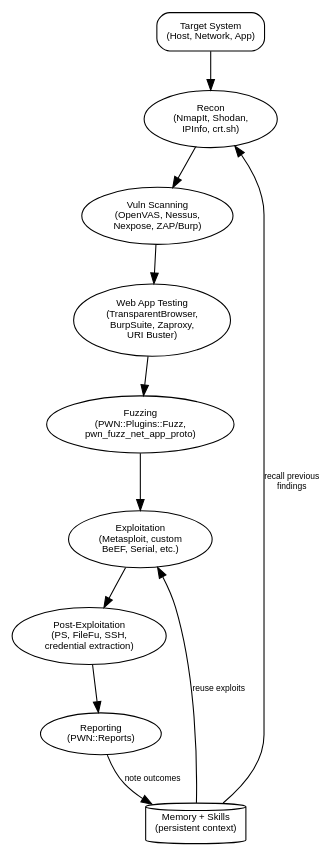
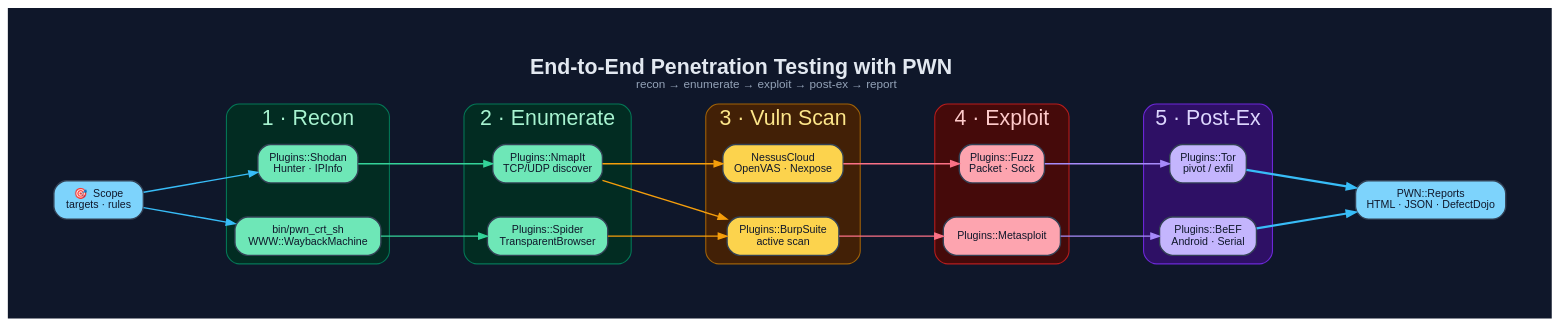
One commit to 0dayInc/pwn changed the diagram in documentation/diagrams/dot/penetration-testing-workflow.dot. Above: the diagram before and after it, drawn with Graphviz. The commit also changed 58 other files, not shown here.

```diff
--- a/documentation/diagrams/dot/penetration-testing-workflow.dot
+++ b/documentation/diagrams/dot/penetration-testing-workflow.dot
@@ -1,29 +1,60 @@
-digraph "PWN Penetration Testing Workflow" {
-  rankdir=TB;
-  node [shape=box, style=rounded, fontname="Arial", fontsize=9];
-  edge [fontname="Arial", fontsize=8];
+digraph "PWN_Pentest" {
+  graph [
+    label=<<B>End-to-End Penetration Testing with PWN</B><BR/><FONT POINT-SIZE="11" COLOR="#94a3b8">recon → enumerate → exploit → post-ex → report</FONT>>,
+    labelloc=t, fontsize=20, fontname="Helvetica",
+    rankdir=LR, splines=spline, nodesep=0.45, ranksep=1.2,
+    bgcolor="#0f172a", fontcolor="#e2e8f0", pad=0.6, newrank=true
+  ];
+  node [fontname="Helvetica", fontsize=10, style="filled,rounded",
+        shape=box, penwidth=1.3, color="#334155", fontcolor="#0f172a"];
+  edge [fontname="Helvetica", fontsize=9, color="#94a3b8",
+        fontcolor="#cbd5e1", penwidth=1.3, arrowsize=0.8];
 
-  Target [label="Target System\n(Host, Network, App)", shape=box];
+  Scope [label="🎯  Scope\ntargets · rules", fillcolor="#7dd3fc"];
 
-  Recon [label="Recon\n(NmapIt, Shodan,\nIPInfo, crt.sh)", shape=ellipse, fillcolor=lightblue];
-  Scanning [label="Vuln Scanning\n(OpenVAS, Nessus,\nNexpose, ZAP/Burp)", shape=ellipse, fillcolor=lightblue];
-  Web [label="Web App Testing\n(TransparentBrowser,\nBurpSuite, Zaproxy,\nURI Buster)", shape=ellipse, fillcolor=lightblue];
-  Fuzz [label="Fuzzing\n(PWN::Plugins::Fuzz,\npwn_fuzz_net_app_proto)", shape=ellipse, fillcolor=lightblue];
-  Exploit [label="Exploitation\n(Metasploit, custom\nBeEF, Serial, etc.)", shape=ellipse, fillcolor=lightcoral];
-  Post [label="Post-Exploitation\n(PS, FileFu, SSH,\ncredential extraction)", shape=ellipse, fillcolor=lightcoral];
-  Report [label="Reporting\n(PWN::Reports)", shape=ellipse, fillcolor=lightgreen];
+  subgraph cluster_recon {
+    label="1 · Recon"; fontcolor="#a7f3d0"; style=rounded;
+    color="#047857"; bgcolor="#022c22";
+    Shodan [label="Plugins::Shodan\nHunter · IPInfo", fillcolor="#6ee7b7"];
+    CrtSh  [label="bin/pwn_crt_sh\nWWW::WaybackMachine", fillcolor="#6ee7b7"];
+  }
+  subgraph cluster_enum {
+    label="2 · Enumerate"; fontcolor="#a7f3d0"; style=rounded;
+    color="#047857"; bgcolor="#022c22";
+    Nmap  [label="Plugins::NmapIt\nTCP/UDP discover", fillcolor="#6ee7b7"];
+    Spider[label="Plugins::Spider\nTransparentBrowser", fillcolor="#6ee7b7"];
+  }
+  subgraph cluster_vuln {
+    label="3 · Vuln Scan"; fontcolor="#fde68a"; style=rounded;
+    color="#a16207"; bgcolor="#422006";
+    Burp   [label="Plugins::BurpSuite\nactive scan", fillcolor="#fcd34d"];
+    Nessus [label="NessusCloud\nOpenVAS · Nexpose", fillcolor="#fcd34d"];
+  }
+  subgraph cluster_xpl {
+    label="4 · Exploit"; fontcolor="#fecaca"; style=rounded;
+    color="#b91c1c"; bgcolor="#450a0a";
+    MSF  [label="Plugins::Metasploit", fillcolor="#fda4af"];
+    Fuzz [label="Plugins::Fuzz\nPacket · Sock", fillcolor="#fda4af"];
+  }
+  subgraph cluster_post {
+    label="5 · Post-Ex"; fontcolor="#ddd6fe"; style=rounded;
+    color="#6d28d9"; bgcolor="#2e1065";
+    Beef [label="Plugins::BeEF\nAndroid · Serial", fillcolor="#c4b5fd"];
+    Tor  [label="Plugins::Tor\npivot / exfil",     fillcolor="#c4b5fd"];
+  }
+  Report [label="PWN::Reports\nHTML · JSON · DefectDojo", fillcolor="#7dd3fc"];
 
-  MemorySkills [label="Memory + Skills\n(persistent context)", shape=cylinder];
-
-  Target -> Recon;
-  Recon -> Scanning;
-  Scanning -> Web;
-  Web -> Fuzz;
-  Fuzz -> Exploit;
-  Exploit -> Post;
-  Post -> Report;
-
-  Report -> MemorySkills [label="note outcomes"];
-  MemorySkills -> Recon [label="recall previous\nfindings"];
-  MemorySkills -> Exploit [label="reuse exploits"];
+  Scope  -> Shodan [color="#38bdf8"];
+  Scope  -> CrtSh  [color="#38bdf8"];
+  Shodan -> Nmap   [color="#34d399"];
+  CrtSh  -> Spider [color="#34d399"];
+  Nmap   -> Burp   [color="#f59e0b"];
+  Nmap   -> Nessus [color="#f59e0b"];
+  Spider -> Burp   [color="#f59e0b"];
+  Burp   -> MSF    [color="#fb7185"];
+  Nessus -> Fuzz   [color="#fb7185"];
+  MSF    -> Beef   [color="#a78bfa"];
+  Fuzz   -> Tor    [color="#a78bfa"];
+  Beef   -> Report [color="#38bdf8", penwidth=2];
+  Tor    -> Report [color="#38bdf8", penwidth=2];
 }
```
